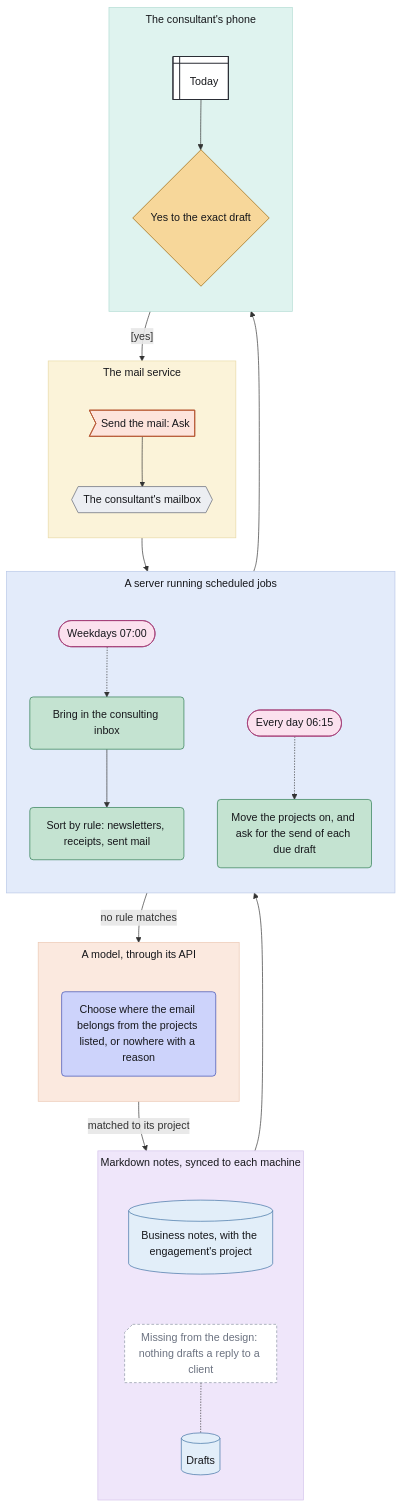
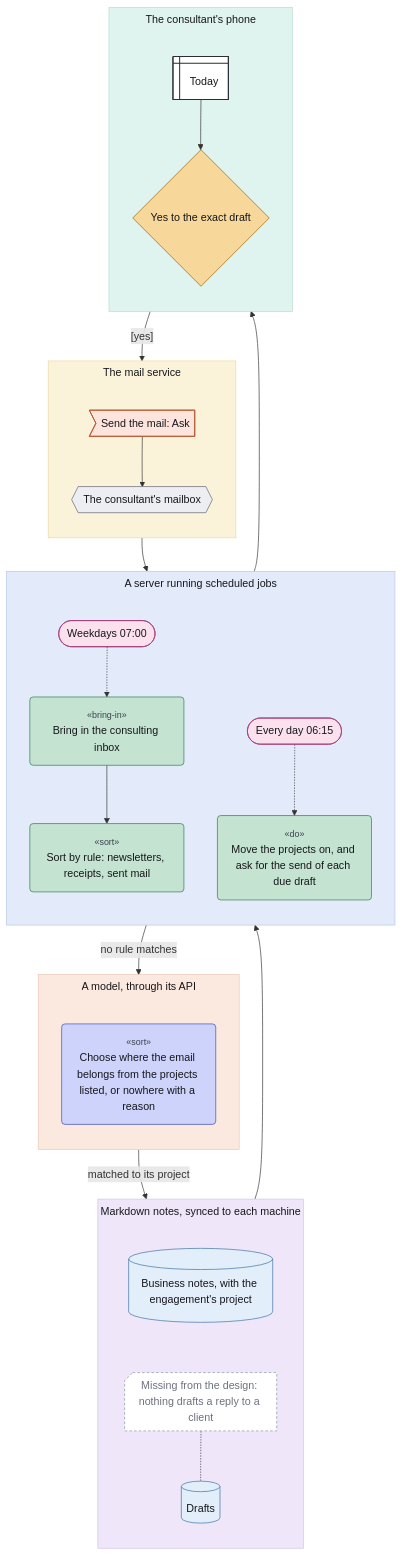
Before and after one commit to chrismdp/awml: the diagram in examples/client-email-where.mmd, drawn with Mermaid. The commit also changed 20 other files, not shown here.

```diff
--- a/examples/client-email-where.mmd
+++ b/examples/client-email-where.mmd
@@ -1,76 +1,76 @@
 ---
 config:
   theme: default
   flowchart:
     useMaxWidth: false
     subGraphTitleMargin:
       top: 6
       bottom: 30
 ---
 flowchart TB
   subgraph server["A server running scheduled jobs"]
     direction TB
     weekdays(["Weekdays 07:00"])
-    bring("Bring in the consulting inbox")
-    rules("Sort by rule: newsletters, receipts, sent mail")
+    bring("<small style='color:#3d434f'>«bring-in»</small><br>Bring in the consulting inbox")
+    rules("<small style='color:#3d434f'>«sort»</small><br>Sort by rule: newsletters, receipts, sent mail")
     daily(["Every day 06:15"])
-    advance("Move the projects on, and ask for the send of each due draft")
+    advance("<small style='color:#3d434f'>«do»</small><br>Move the projects on, and ask for the send of each due draft")
   end
   subgraph model["A model, through its API"]
     direction TB
-    sort("Choose where the email belongs from the projects listed, or nowhere with a reason")
+    sort("<small style='color:#3d434f'>«sort»</small><br>Choose where the email belongs from the projects listed, or nowhere with a reason")
   end
   subgraph files["Markdown notes, synced to each machine"]
     direction TB
     notes[("Business notes, with the engagement's project")]
     drafts[("Drafts")]
     draft_gap@{ shape: notch-rect, label: "Missing from the design: nothing drafts a reply to a client" }
   end
   subgraph mailservice["The mail service"]
     direction TB
     mail{{"The consultant's mailbox"}}
     send>"Send the mail: Ask"]
   end
   subgraph phone["The consultant's phone"]
     direction TB
     today@{ shape: win-pane, label: "Today" }
     approve{"Yes to the exact draft"}
   end
 
   weekdays -.-> bring
   mail --> bring
   bring --> rules
   rules -->|"no rule matches"| sort
   sort -->|"matched to its project"| notes
   notes ~~~ draft_gap
   draft_gap -.- drafts
   daily -.-> advance
   drafts --> advance
   advance --> today
   today --> approve
   approve -->|"[yes]"| send
   send --> mail
   classDef trig fill:#fbe1ee,stroke:#a33a74,color:#16171b
   classDef ctx fill:#e2eef9,stroke:#3d6fa3,color:#16171b
   classDef con fill:#eceef2,stroke:#5d6472,color:#16171b
   classDef surf fill:#ffffff,stroke:#2a2d35,stroke-width:1.5px,color:#16171b
   classDef out fill:#fde4dc,stroke:#b5532f,color:#16171b
   classDef ai fill:#cdd3fb,stroke:#3b4bb0,color:#16171b
   classDef rule fill:#c4e3d1,stroke:#2b7a4f,color:#16171b
   classDef human fill:#f7d79a,stroke:#9a6100,color:#16171b
   classDef uml fill:#16171b,stroke:#16171b,color:#16171b
   classDef gap fill:#ffffff,stroke:#8a93a3,stroke-dasharray:4 3,color:#6b7280
   class weekdays,daily trig
   class notes,drafts ctx
   class mail con
   class today surf
   class send out
   class sort ai
   class bring,rules,advance rule
   class approve human
   class draft_gap gap
   style server fill:#e3ebfa,stroke:#b9c8e8,color:#16171b
   style model fill:#fbe9df,stroke:#ecc7b2,color:#16171b
   style files fill:#efe6fa,stroke:#d3c2ea,color:#16171b
   style mailservice fill:#fbf3d9,stroke:#e8d9a6,color:#16171b
   style phone fill:#dff3ef,stroke:#b4ddd4,color:#16171b
```
